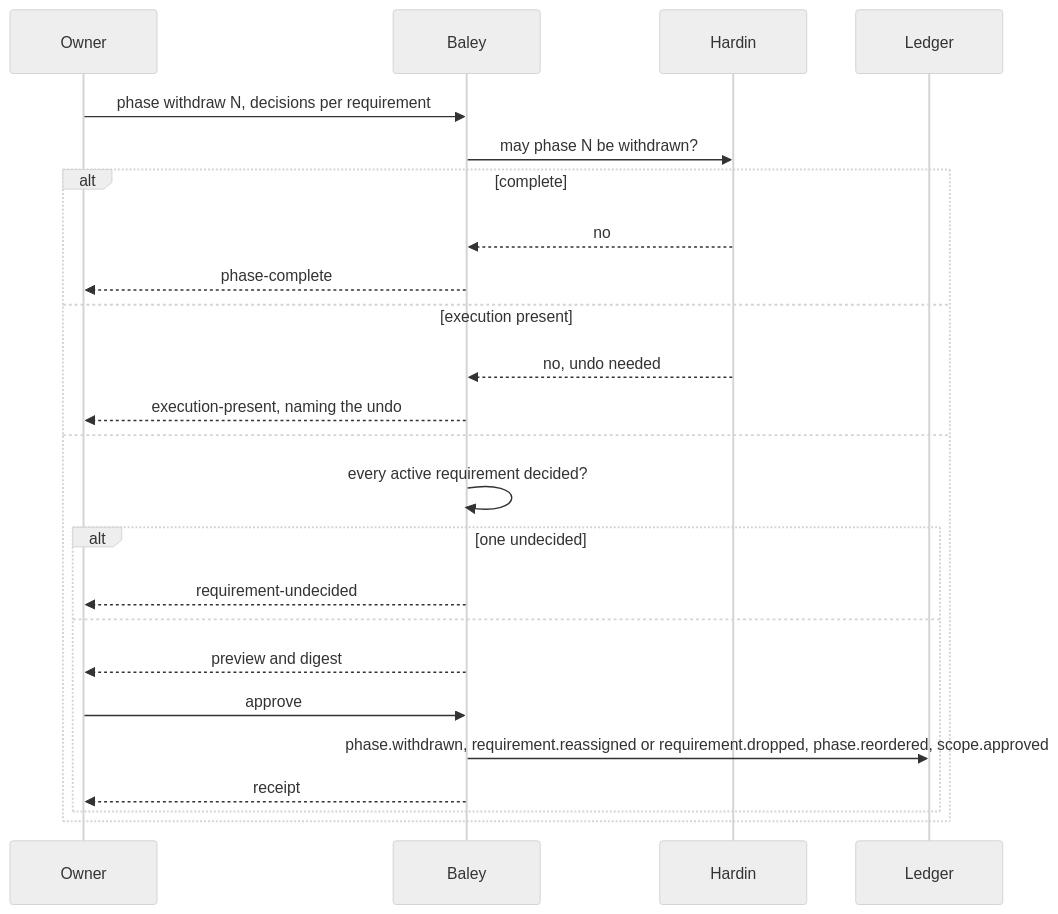
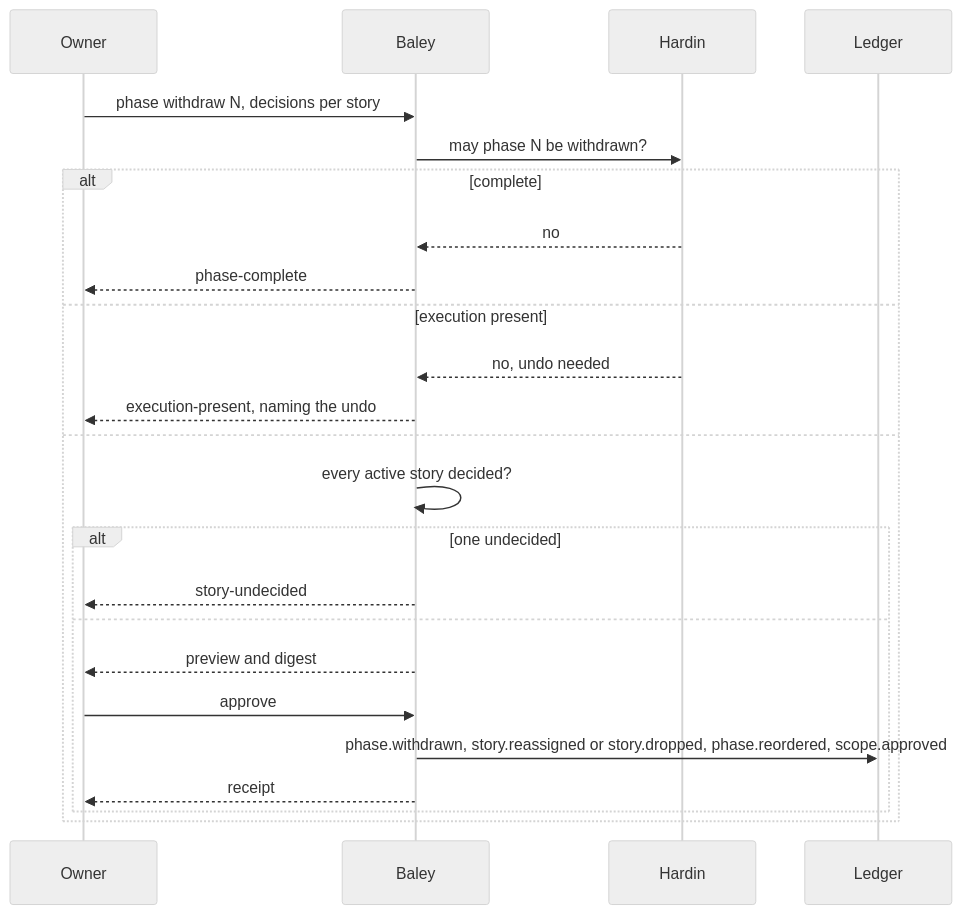
Before and after one commit to crenshawdev/baley: the fifth of 5 diagrams in docs/design/0004-starting-a-project-and-changing-scope.md, drawn with Mermaid (neutral theme). The commit also changed other lines of this file and 21 other files, not shown here.

````diff
--- a/docs/design/0004-starting-a-project-and-changing-scope.md
+++ b/docs/design/0004-starting-a-project-and-changing-scope.md
@@ -342,26 +342,26 @@
 ```mermaid
 sequenceDiagram
   participant O as Owner
   participant B as Baley
   participant D as Hardin
   participant L as Ledger
-  O->>B: phase withdraw N, decisions per requirement
+  O->>B: phase withdraw N, decisions per story
   B->>D: may phase N be withdrawn?
   alt complete
     D-->>B: no
     B-->>O: phase-complete
   else execution present
     D-->>B: no, undo needed
     B-->>O: execution-present, naming the undo
   else
-    B->>B: every active requirement decided?
+    B->>B: every active story decided?
     alt one undecided
-      B-->>O: requirement-undecided
+      B-->>O: story-undecided
     else
       B-->>O: preview and digest
       O->>B: approve
-      B->>L: phase.withdrawn, requirement.reassigned or requirement.dropped, phase.reordered, scope.approved
+      B->>L: phase.withdrawn, story.reassigned or story.dropped, phase.reordered, scope.approved
       B-->>O: receipt
     end
   end
 ```
````
